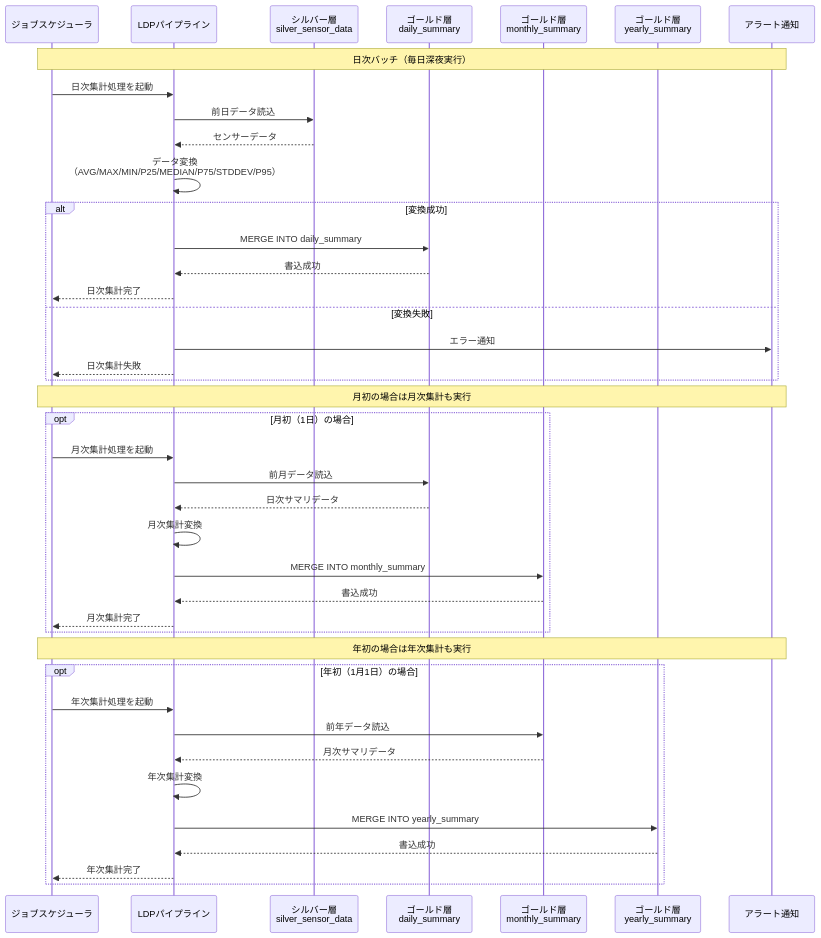
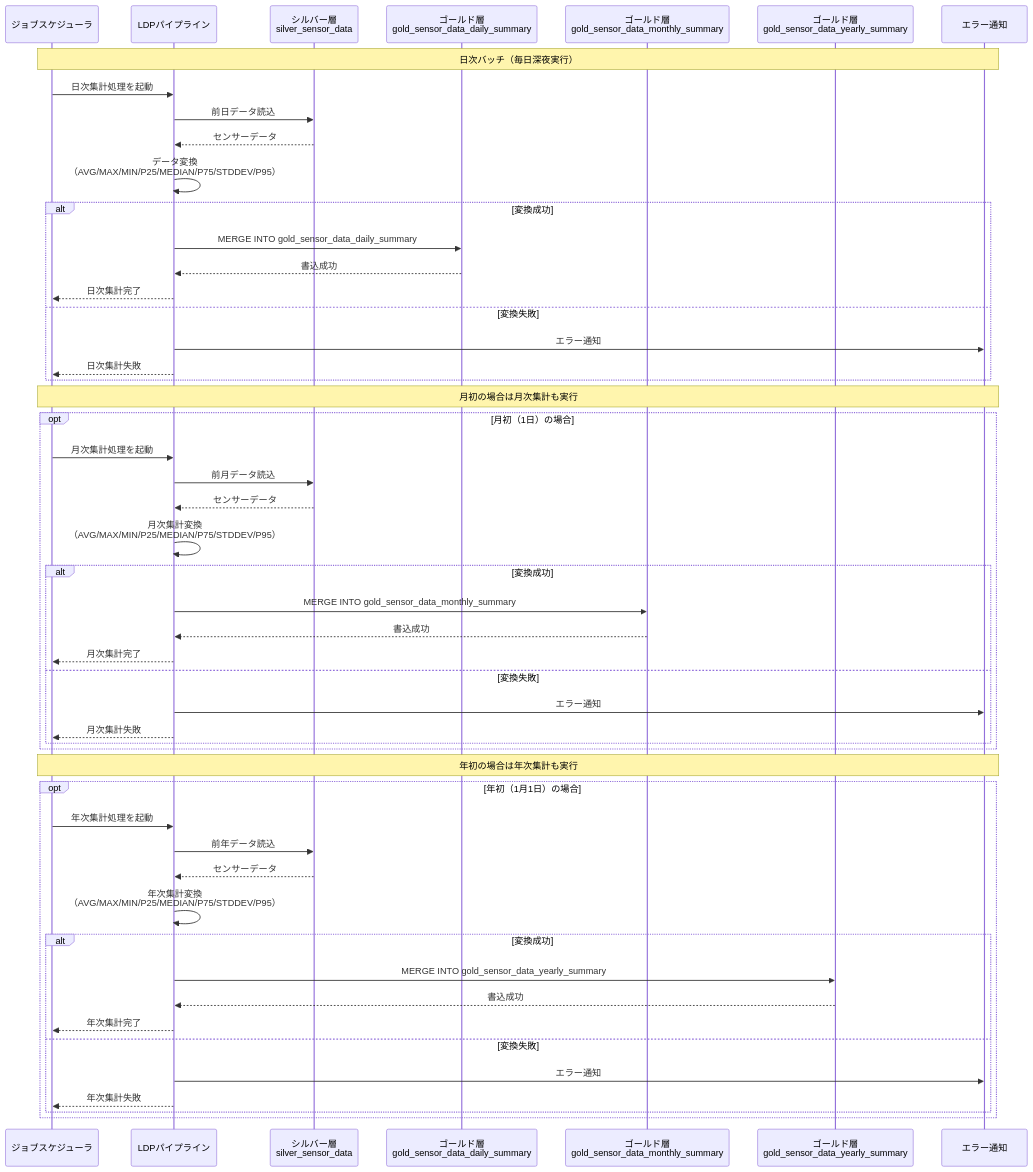
Before and after one commit to NSW-SVCP-AIWG002/Databricks-IoT: the fourth of 5 diagrams in docs/03-features/ldp-pipeline/gold_layer/ldp-pipeline-specification.md, drawn with Mermaid. The commit also changed other lines of this file and 4 other files, not shown here.

````diff
--- a/docs/03-features/ldp-pipeline/gold_layer/ldp-pipeline-specification.md
+++ b/docs/03-features/ldp-pipeline/gold_layer/ldp-pipeline-specification.md
@@ -523,58 +765,68 @@
 ```mermaid
 sequenceDiagram
     participant Scheduler as ジョブスケジューラ
     participant LDP as LDPパイプライン
     participant Silver as シルバー層<br>silver_sensor_data
-    participant GoldDaily as ゴールド層<br>daily_summary
-    participant GoldMonthly as ゴールド層<br>monthly_summary
-    participant GoldYearly as ゴールド層<br>yearly_summary
-    participant Alert as アラート通知
+    participant GoldDaily as ゴールド層<br>gold_sensor_data_daily_summary
+    participant GoldMonthly as ゴールド層<br>gold_sensor_data_monthly_summary
+    participant GoldYearly as ゴールド層<br>gold_sensor_data_yearly_summary
+    participant Alert as エラー通知
 
     Note over Scheduler,Alert: 日次バッチ（毎日深夜実行）
 
     Scheduler->>LDP: 日次集計処理を起動
 
     LDP->>Silver: 前日データ読込
     Silver-->>LDP: センサーデータ
 
     LDP->>LDP: データ変換<br>（AVG/MAX/MIN/P25/MEDIAN/P75/STDDEV/P95）
 
     alt 変換成功
-        LDP->>GoldDaily: MERGE INTO daily_summary
+        LDP->>GoldDaily: MERGE INTO gold_sensor_data_daily_summary
         GoldDaily-->>LDP: 書込成功
         LDP-->>Scheduler: 日次集計完了
     else 変換失敗
         LDP->>Alert: エラー通知
         LDP-->>Scheduler: 日次集計失敗
     end
 
     Note over Scheduler,Alert: 月初の場合は月次集計も実行
 
     opt 月初（1日）の場合
         Scheduler->>LDP: 月次集計処理を起動
 
-        LDP->>GoldDaily: 前月データ読込
-        GoldDaily-->>LDP: 日次サマリデータ
+        LDP->>Silver: 前月データ読込
+        Silver-->>LDP: センサーデータ
 
-        LDP->>LDP: 月次集計変換
+        LDP->>LDP: 月次集計変換<br>（AVG/MAX/MIN/P25/MEDIAN/P75/STDDEV/P95）
 
-        LDP->>GoldMonthly: MERGE INTO monthly_summary
-        GoldMonthly-->>LDP: 書込成功
-        LDP-->>Scheduler: 月次集計完了
+        alt 変換成功
+            LDP->>GoldMonthly: MERGE INTO gold_sensor_data_monthly_summary
+            GoldMonthly-->>LDP: 書込成功
+            LDP-->>Scheduler: 月次集計完了
+        else 変換失敗
+            LDP->>Alert: エラー通知
+            LDP-->>Scheduler: 月次集計失敗
+        end
     end
 
     Note over Scheduler,Alert: 年初の場合は年次集計も実行
 
     opt 年初（1月1日）の場合
         Scheduler->>LDP: 年次集計処理を起動
 
-        LDP->>GoldMonthly: 前年データ読込
-        GoldMonthly-->>LDP: 月次サマリデータ
+        LDP->>Silver: 前年データ読込
+        Silver-->>LDP: センサーデータ
 
-        LDP->>LDP: 年次集計変換
+        LDP->>LDP: 年次集計変換<br>（AVG/MAX/MIN/P25/MEDIAN/P75/STDDEV/P95）
 
-        LDP->>GoldYearly: MERGE INTO yearly_summary
-        GoldYearly-->>LDP: 書込成功
-        LDP-->>Scheduler: 年次集計完了
+        alt 変換成功
+            LDP->>GoldYearly: MERGE INTO gold_sensor_data_yearly_summary
+            GoldYearly-->>LDP: 書込成功
+            LDP-->>Scheduler: 年次集計完了
+        else 変換失敗
+            LDP->>Alert: エラー通知
+            LDP-->>Scheduler: 年次集計失敗
+        end
     end
 ```
````
